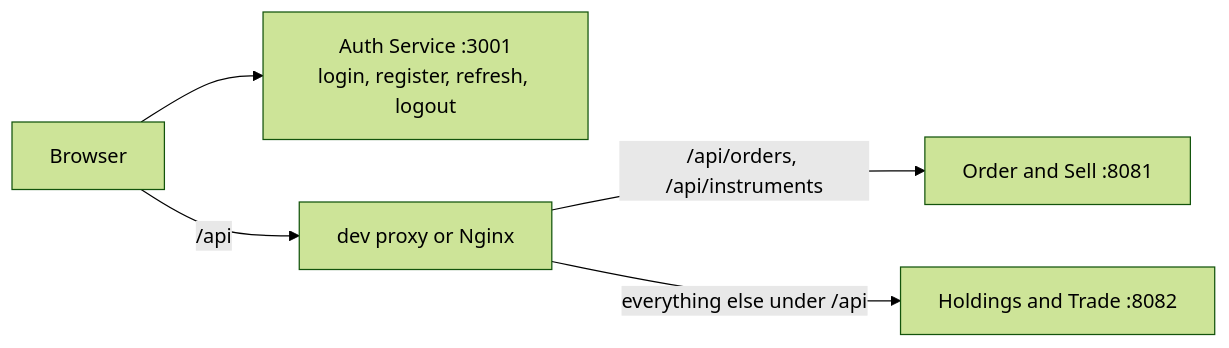
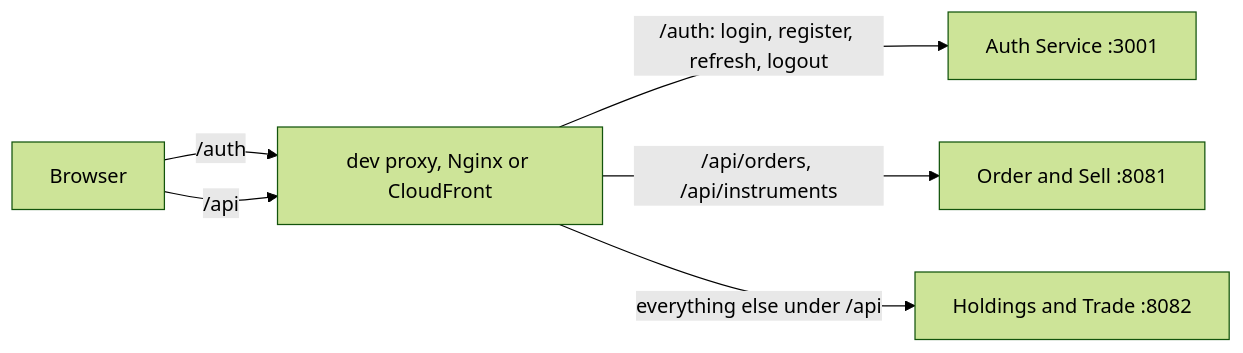
Before and after one commit to seankcheema/trading-season: the second of 3 diagrams in apps/client-ui/README.md, drawn with Mermaid (forest theme). The commit also changed other lines of this file and 19 other files, not shown here.

````diff
--- a/apps/client-ui/README.md
+++ b/apps/client-ui/README.md
@@ -67,7 +67,8 @@
 ```mermaid
 flowchart LR
-    Browser --> Auth["Auth Service :3001<br/>login, register, refresh, logout"]
-    Browser -- "/api" --> Proxy["dev proxy or Nginx"]
+    Browser -- "/auth" --> Proxy["dev proxy, Nginx or CloudFront"]
+    Browser -- "/api" --> Proxy
+    Proxy -- "/auth: login, register, refresh, logout" --> Auth["Auth Service :3001"]
     Proxy -- "/api/orders, /api/instruments" --> OS["Order and Sell :8081"]
     Proxy -- "everything else under /api" --> HT["Holdings and Trade :8082"]
 ```
````
